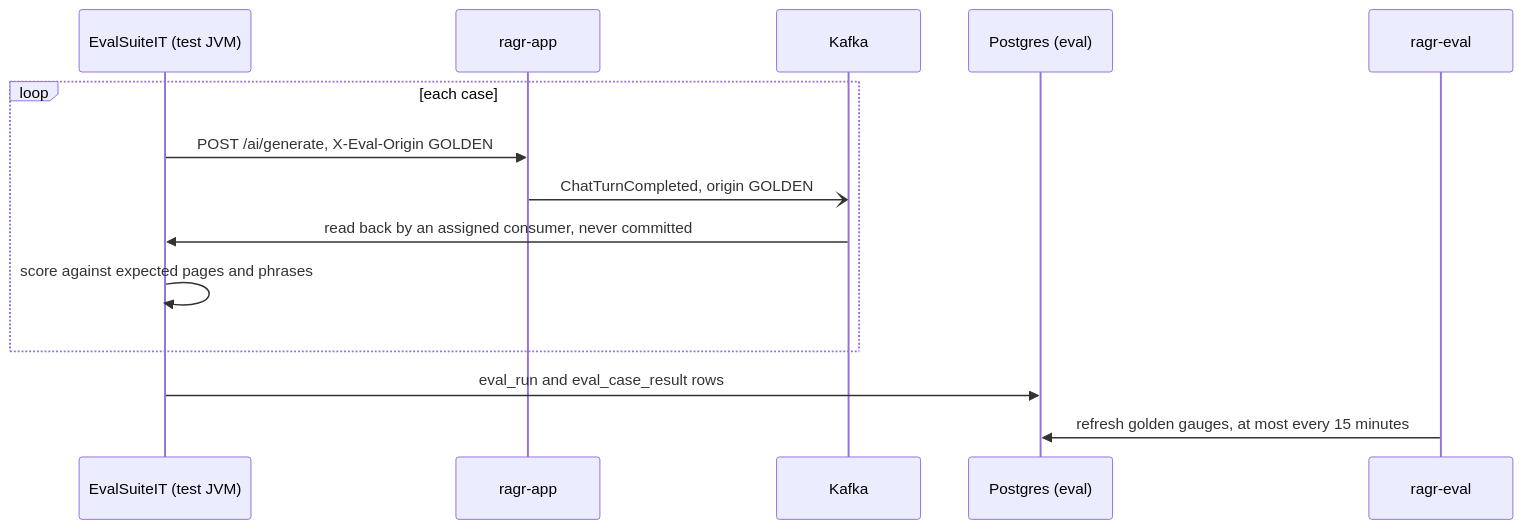
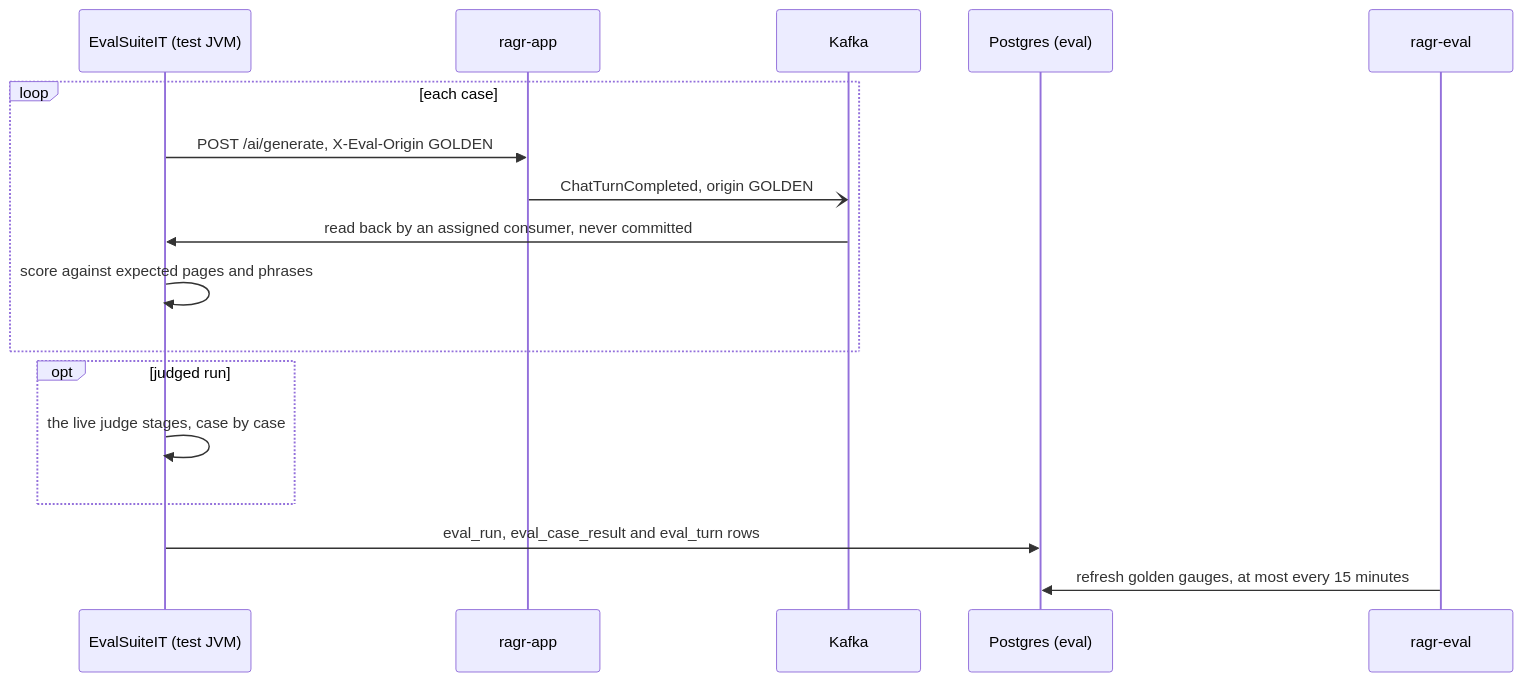
Before and after one commit to subhanmishra/spring-ai: the second of 2 diagrams in ragr-eval/README.md, drawn with Mermaid. The commit also changed other lines of this file and 78 other files, not shown here.

````diff
--- a/ragr-eval/README.md
+++ b/ragr-eval/README.md
@@ -76,17 +118,20 @@
 ```mermaid
 sequenceDiagram
     participant T as EvalSuiteIT (test JVM)
     participant C as ragr-app
     participant K as Kafka
     participant P as Postgres (eval)
     participant E as ragr-eval
 
     loop each case
         T->>C: POST /ai/generate, X-Eval-Origin GOLDEN
         C-)K: ChatTurnCompleted, origin GOLDEN
         K->>T: read back by an assigned consumer, never committed
         T->>T: score against expected pages and phrases
     end
-    T->>P: eval_run and eval_case_result rows
+    opt judged run
+        T->>T: the live judge stages, case by case
+    end
+    T->>P: eval_run, eval_case_result and eval_turn rows
     E->>P: refresh golden gauges, at most every 15 minutes
 ```
````
